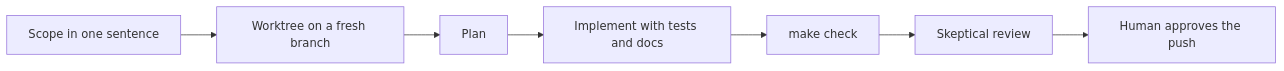
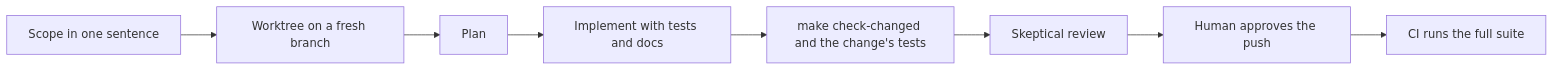
The diagram in docs/contribution/guide.md (agync/nocturne), drawn with Mermaid before and after one commit. The commit also changed other lines of this file and 2 other files, not shown here.

Commit message:
docs: verify with check-changed, full suite in CI

````diff
--- a/docs/contribution/guide.md
+++ b/docs/contribution/guide.md
@@ -23,9 +26,10 @@
 ```mermaid
 flowchart LR
     S[Scope in one sentence] --> W[Worktree on a fresh branch]
     W --> P[Plan]
     P --> I[Implement with tests and docs]
-    I --> C[make check]
+    I --> C[make check-changed and the change's tests]
     C --> R[Skeptical review]
     R --> H[Human approves the push]
+    H --> G[CI runs the full suite]
 ```
````
